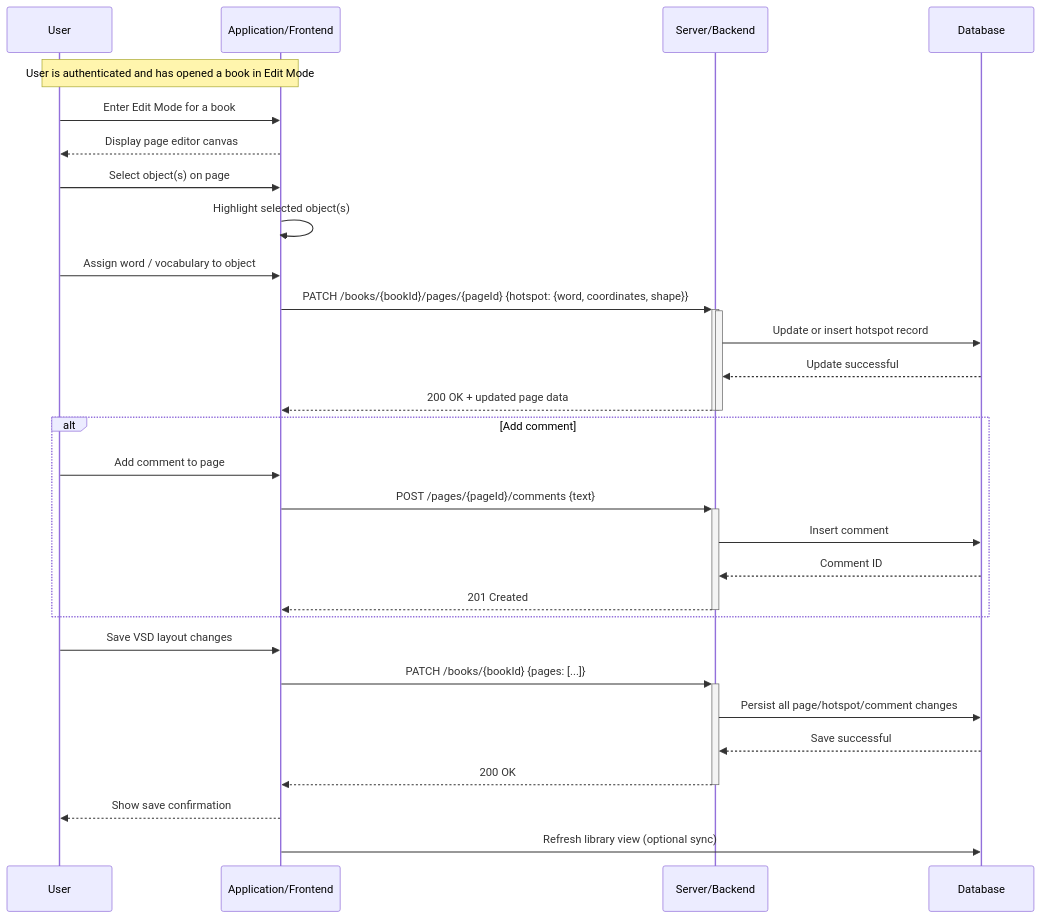
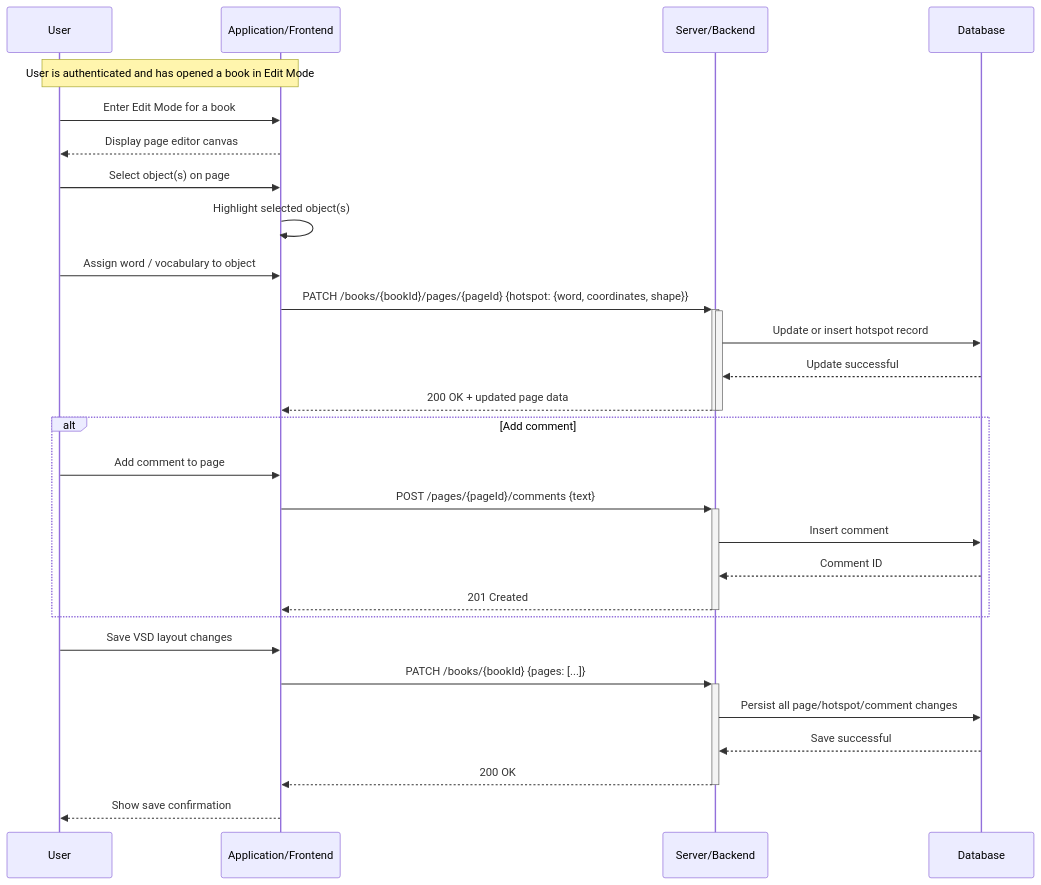
The fourth of 8 diagrams in documentation/docs/system-architecture/usecase-diagram.md (Capstone-Projects-2026-spring/project-kardon-atlantic-storybook-library-vsd), drawn with Mermaid before and after one commit. The commit also changed 2 other files, not shown here.

Commit message:
Fix mermaid diagram syntax and update gitignore

````diff
--- a/documentation/docs/system-architecture/usecase-diagram.md
+++ b/documentation/docs/system-architecture/usecase-diagram.md
@@ -106,35 +106,34 @@
 ```mermaid
 sequenceDiagram
     participant User
     participant App as Application/Frontend
     participant Backend as Server/Backend
     participant DB as Database
 
     Note over User,App: User is authenticated and has opened a book in Edit Mode
     User->>App: Enter Edit Mode for a book
     App-->>User: Display page editor canvas
     User->>App: Select object(s) on page
     App->>App: Highlight selected object(s)
     User->>App: Assign word / vocabulary to object
     App->>+Backend: PATCH /books/{bookId}/pages/{pageId} {hotspot: {word, coordinates, shape}}
     activate Backend
     Backend->>DB: Update or insert hotspot record
     DB-->>Backend: Update successful
     Backend-->>-App: 200 OK + updated page data
     deactivate Backend
     alt Add comment
         User->>App: Add comment to page
         App->>+Backend: POST /pages/{pageId}/comments {text}
         Backend->>DB: Insert comment
         DB-->>Backend: Comment ID
         Backend-->>-App: 201 Created
     end
     User->>App: Save VSD layout changes
     App->>+Backend: PATCH /books/{bookId} {pages: [...]}
     Backend->>DB: Persist all page/hotspot/comment changes
     DB-->>Backend: Save successful
     Backend-->>-App: 200 OK
     App-->>User: Show save confirmation
-    App->>DB: Refresh library view (optional sync)
 
 ```
````
